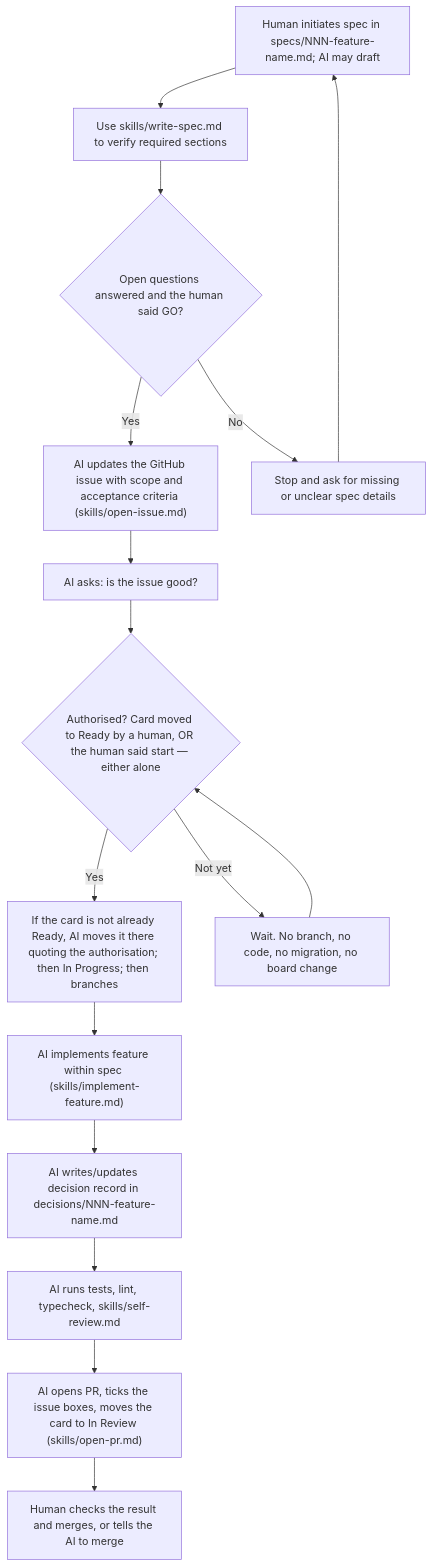
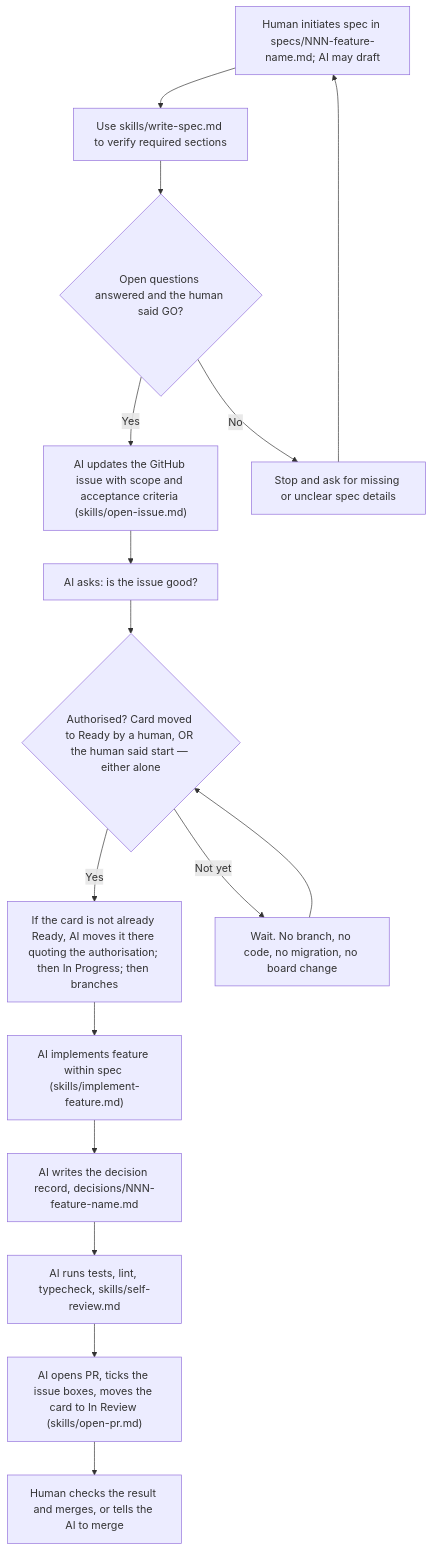
Before and after one commit to koodauspaja/footy-trends: the diagram in README.md, drawn with Mermaid. The commit also changed other lines of this file and 48 other files, not shown here.

````diff
--- a/README.md
+++ b/README.md
@@ -87,23 +87,23 @@
 ```mermaid
 flowchart TD
   Human_spec["Human initiates spec in specs/NNN-feature-name.md; AI may draft"]
   Spec_checklist["Use skills/write-spec.md to verify required sections"]
   Spec_confirmed{"Open questions answered and the human said GO?"}
   AI_issue["AI updates the GitHub issue with scope and acceptance criteria (skills/open-issue.md)"]
   AI_asks["AI asks: is the issue good?"]
   Human_ready{"Authorised? Card moved to Ready by a human, OR the human said start — either alone"}
   AI_branch["If the card is not already Ready, AI moves it there quoting the authorisation; then In Progress; then branches"]
   AI_implement["AI implements feature within spec (skills/implement-feature.md)"]
-  AI_decision["AI writes/updates decision record in decisions/NNN-feature-name.md"]
+  AI_decision["AI writes the decision record, decisions/NNN-feature-name.md"]
   AI_checks["AI runs tests, lint, typecheck, skills/self-review.md"]
   AI_open_pr["AI opens PR, ticks the issue boxes, moves the card to In Review (skills/open-pr.md)"]
   Human_merge["Human checks the result and merges, or tells the AI to merge"]
   Ask_for_info["Stop and ask for missing or unclear spec details"]
   Wait["Wait. No branch, no code, no migration, no board change"]
 
   Human_spec --> Spec_checklist --> Spec_confirmed
   Spec_confirmed -->|Yes| AI_issue --> AI_asks --> Human_ready
   Spec_confirmed -->|No| Ask_for_info --> Human_spec
   Human_ready -->|Yes| AI_branch --> AI_implement --> AI_decision --> AI_checks --> AI_open_pr --> Human_merge
   Human_ready -->|"Not yet"| Wait --> Human_ready
 ```
````
